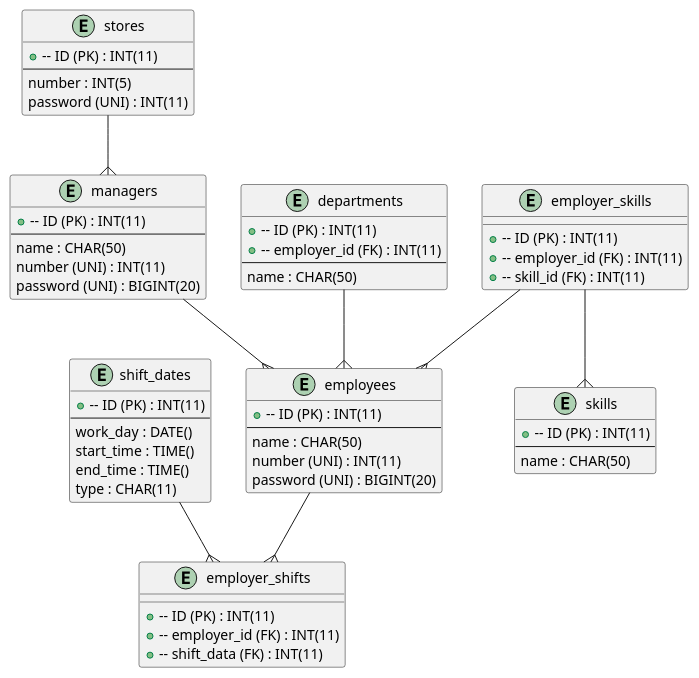
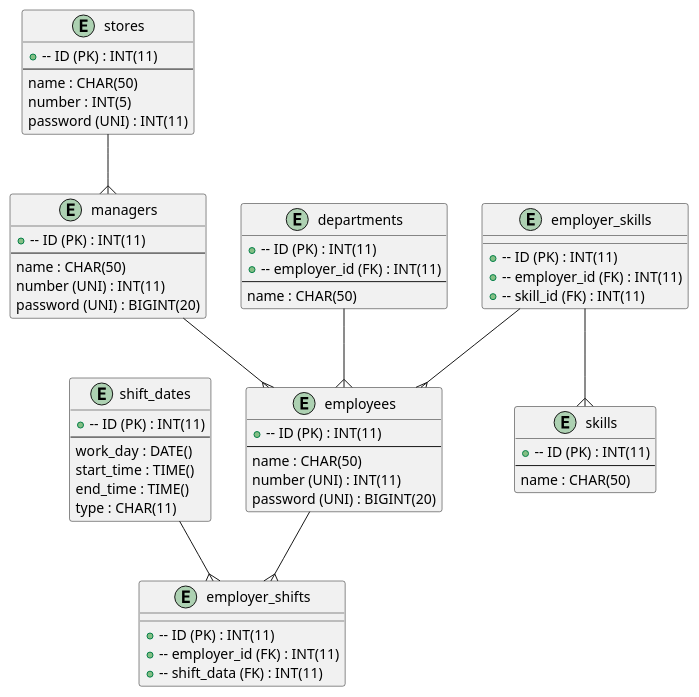
Before and after one commit to kokimoriguchi/portfolio_detail: the diagram in ER.pu, drawn with PlantUML. The commit also changed 3 other files, not shown here.

```diff
--- a/ER.pu
+++ b/ER.pu
@@ -1,68 +1,69 @@
 @startuml ER
 
 entity "employees" as employees {
   +-- ID (PK) : INT(11)
   --
   name : CHAR(50)
   number (UNI) : INT(11)
   password (UNI) : BIGINT(20)
 }
 
 entity "managers" as managers {
   +-- ID (PK) : INT(11)
   --
   name : CHAR(50)
   number (UNI) : INT(11)
   password (UNI) : BIGINT(20)
 }
 
 entity "shift_dates" as shift_dates {
   +-- ID (PK) : INT(11)
   --
   work_day : DATE()
   start_time : TIME()
   end_time : TIME()
   type : CHAR(11)
 }
 
 entity "employer_shifts" as employer_shifts {
   +-- ID (PK) : INT(11)
   +-- employer_id (FK) : INT(11)
   +-- shift_data (FK) : INT(11)
 }
 
 entity "departments" as departments {
   +-- ID (PK) : INT(11)
   +-- employer_id (FK) : INT(11)
   --
   name : CHAR(50)
 }
 
 entity "skills" as skills {
   +-- ID (PK) : INT(11)
   --
   name : CHAR(50)
 }
 
 entity "employer_skills" as employer_skills {
   +-- ID (PK) : INT(11)
   +-- employer_id (FK) : INT(11)
   +-- skill_id (FK) : INT(11)
 }
 
 entity "stores" as stores {
   +-- ID (PK) : INT(11)
   --
+  name : CHAR(50)
   number : INT(5)
   password (UNI) : INT(11)
 }
 
 stores --{ managers
 managers --{ employees
 employees --{ employer_shifts
 shift_dates -d-{ employer_shifts
 employer_skills --{ employees
 employer_skills --{ skills
 departments --{ employees
 
 @enduml
```
